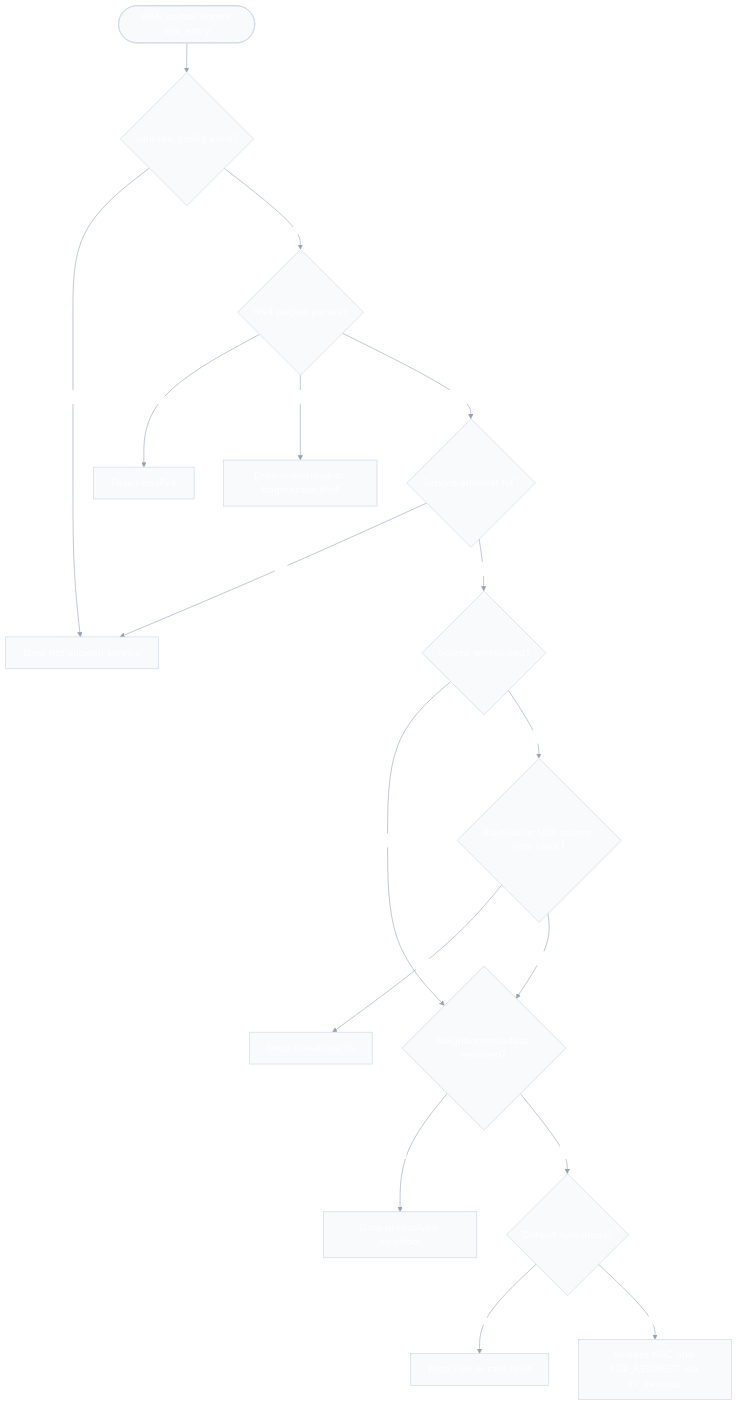
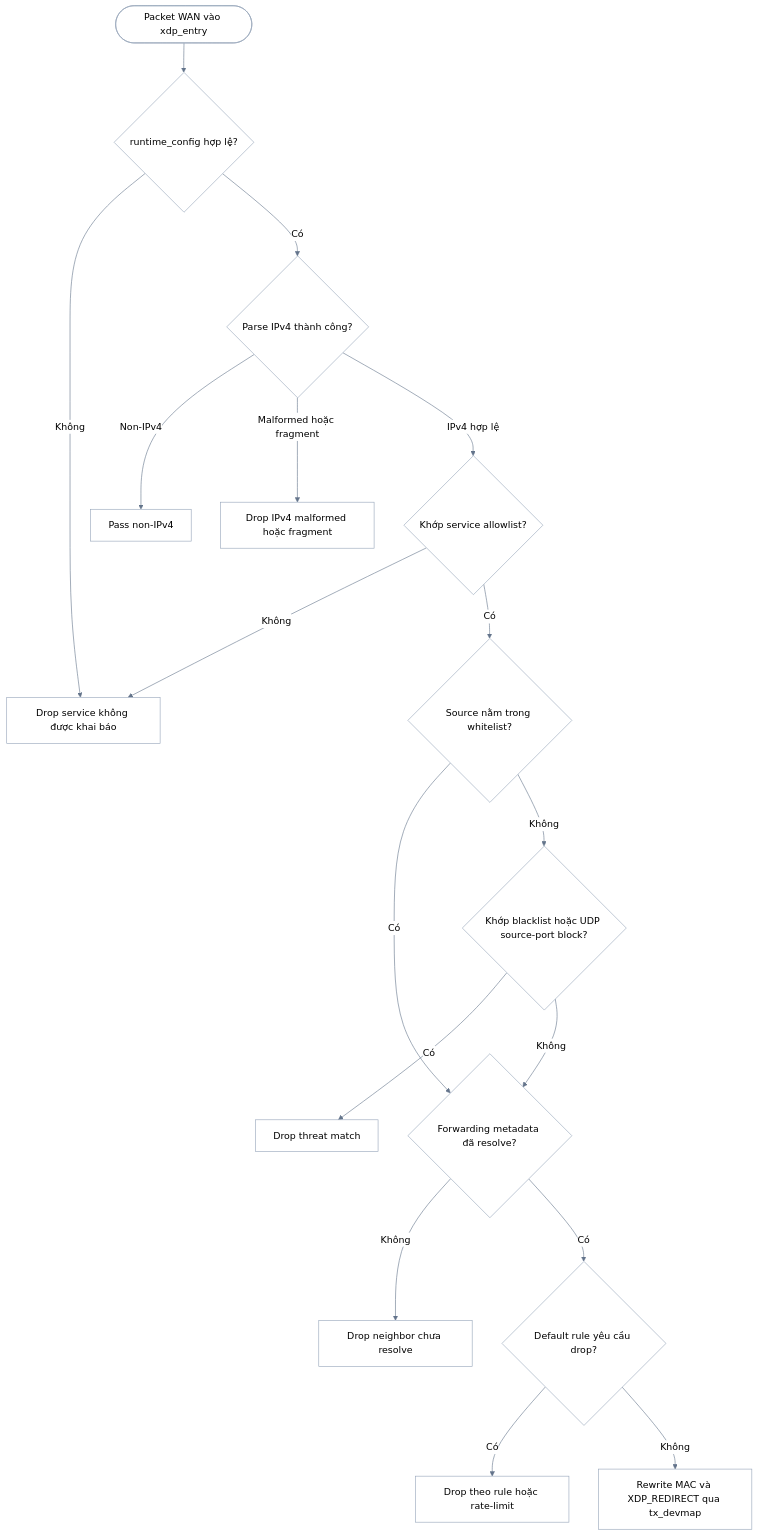
Before and after one commit to ken9xkyo/anti-ddos: the diagram in docs/diagrams/system-architecture/xdp-packet-decision-flow.mmd, drawn with Mermaid. The commit also changed 14 other files, not shown here.

```diff
--- a/docs/diagrams/system-architecture/xdp-packet-decision-flow.mmd
+++ b/docs/diagrams/system-architecture/xdp-packet-decision-flow.mmd
@@ -1,34 +1,34 @@
-%%{init: {'theme':'base','themeVariables': {'primaryColor':'#4f46e5','primaryTextColor':'#ffffff','primaryBorderColor':'#3730a3','lineColor':'#94a3b8','secondaryColor':'#10b981','tertiaryColor':'#f59e0b','background':'#ffffff','mainBkg':'#f8fafc','nodeBorder':'#cbd5e1','clusterBkg':'#f1f5f9','clusterBorder':'#e2e8f0','titleColor':'#1e293b','edgeLabelBackground':'#ffffff','textColor':'#334155'}}}%%
+%%{init: {'theme':'base','themeVariables': {'primaryColor':'#f8fafc','primaryTextColor':'#000000','primaryBorderColor':'#94a3b8','lineColor':'#64748b','secondaryColor':'#e0f2fe','tertiaryColor':'#fef3c7','background':'#ffffff','mainBkg':'#ffffff','nodeBorder':'#94a3b8','clusterBkg':'#f8fafc','clusterBorder':'#cbd5e1','titleColor':'#000000','edgeLabelBackground':'#ffffff','textColor':'#000000','nodeTextColor':'#000000','labelTextColor':'#000000'}}}%%
 flowchart TD
-    packet([WAN packet enters xdp_entry])
-    runtime{runtime_config valid?}
-    parse{IPv4 packet parses?}
+    packet([Packet WAN vào xdp_entry])
+    runtime{runtime_config hợp lệ?}
+    parse{Parse IPv4 thành công?}
     nonIpv4[Pass non-IPv4]
-    malformed[Drop malformed or fragmented IPv4]
-    service{Service allowlist hit?}
-    serviceMiss[Drop not allowed service]
-    whitelist{Source whitelisted?}
-    threat{Blacklist or UDP source-port block?}
+    malformed[Drop IPv4 malformed hoặc fragment]
+    service{Khớp service allowlist?}
+    serviceMiss[Drop service không được khai báo]
+    whitelist{Source nằm trong whitelist?}
+    threat{Khớp blacklist hoặc UDP source-port block?}
     threatDrop[Drop threat match]
-    neighbor{Neighbor metadata resolved?}
-    neighborDrop[Drop unresolved neighbor]
-    rule{Default rule drops?}
-    ruleDrop[Drop rule or rate-limit]
-    redirect[Rewrite MAC and XDP_REDIRECT via tx_devmap]
+    neighbor{Forwarding metadata đã resolve?}
+    neighborDrop[Drop neighbor chưa resolve]
+    rule{Default rule yêu cầu drop?}
+    ruleDrop[Drop theo rule hoặc rate-limit]
+    redirect[Rewrite MAC và XDP_REDIRECT qua tx_devmap]
 
     packet --> runtime
-    runtime -- No --> serviceMiss
-    runtime -- Yes --> parse
+    runtime -- Không --> serviceMiss
+    runtime -- Có --> parse
     parse -- Non-IPv4 --> nonIpv4
-    parse -- Malformed or fragment --> malformed
-    parse -- Valid IPv4 --> service
-    service -- No --> serviceMiss
-    service -- Yes --> whitelist
-    whitelist -- Yes --> neighbor
-    whitelist -- No --> threat
-    threat -- Yes --> threatDrop
-    threat -- No --> neighbor
-    neighbor -- No --> neighborDrop
-    neighbor -- Yes --> rule
-    rule -- Yes --> ruleDrop
-    rule -- No --> redirect
+    parse -- Malformed hoặc fragment --> malformed
+    parse -- IPv4 hợp lệ --> service
+    service -- Không --> serviceMiss
+    service -- Có --> whitelist
+    whitelist -- Có --> neighbor
+    whitelist -- Không --> threat
+    threat -- Có --> threatDrop
+    threat -- Không --> neighbor
+    neighbor -- Không --> neighborDrop
+    neighbor -- Có --> rule
+    rule -- Có --> ruleDrop
+    rule -- Không --> redirect
```
